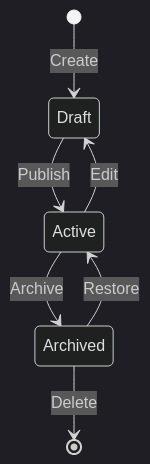
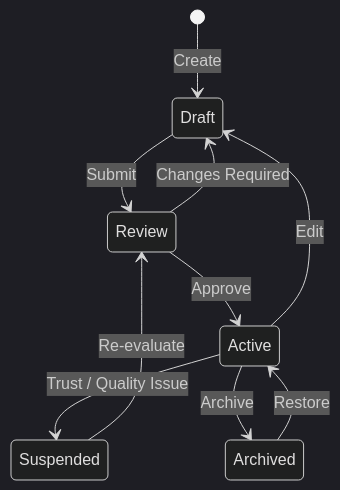
One commit to petkao/pinkcurve-blueprint changed the first of 2 diagrams in docs/04-offering-knowledge.md. Above: the diagram before and after it, drawn with Mermaid (dark theme). The commit also changed other lines of this file and 27 other files, not shown here.

Commit message:
Update PinkCurve blueprint and complete Chapter 11 data architecture audit

````diff
--- a/docs/04-offering-knowledge.md
+++ b/docs/04-offering-knowledge.md
@@ -115,9 +591,12 @@
 ```mermaid
 stateDiagram-v2
     [*] --> Draft: Create
-    Draft --> Active: Publish
+    Draft --> Review: Submit
+    Review --> Active: Approve
+    Review --> Draft: Changes Required
     Active --> Draft: Edit
+    Active --> Suspended: Trust / Quality Issue
+    Suspended --> Review: Re-evaluate
     Active --> Archived: Archive
     Archived --> Active: Restore
-    Archived --> [*]: Delete
 ```
````
